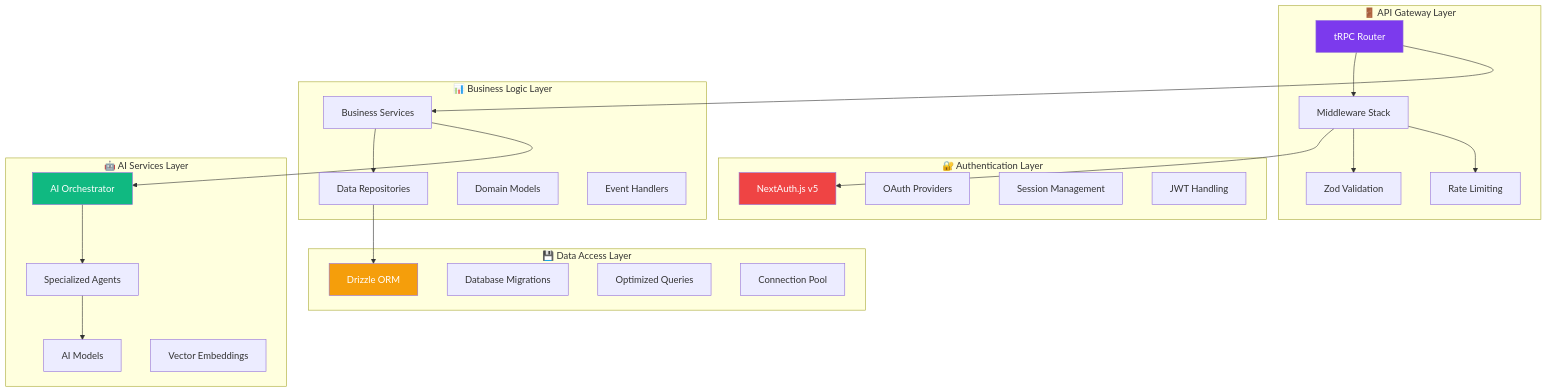
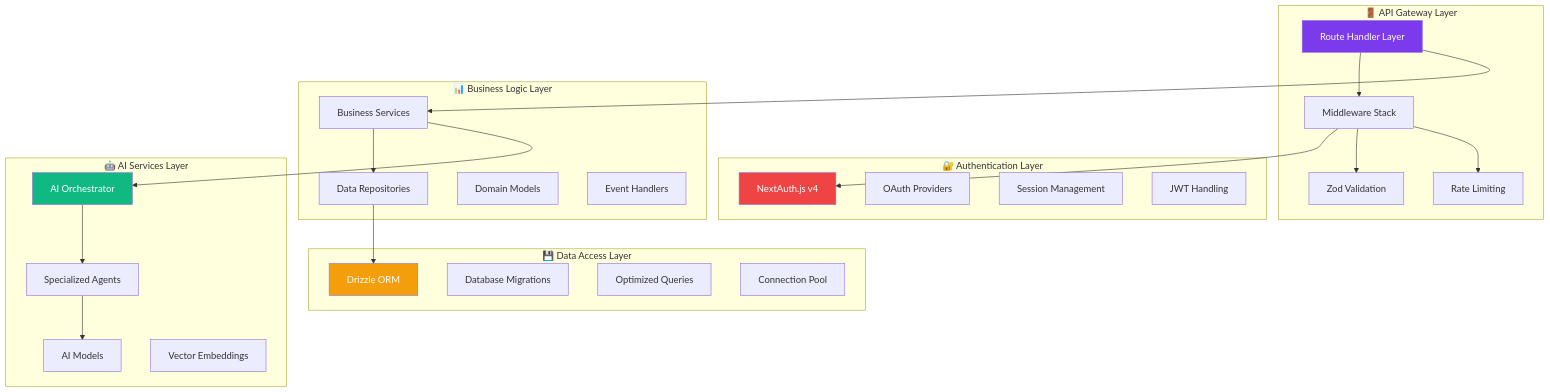
Before and after one commit to BjornMelin/contribux: the fifth of 24 diagrams in docs/development/architecture.md, drawn with Mermaid. The commit also changed other lines of this file and 79 other files, not shown here.

````diff
--- a/docs/development/architecture.md
+++ b/docs/development/architecture.md
@@ -236,53 +236,53 @@
 ```mermaid
 graph TB
     subgraph "🚪 API Gateway Layer"
-        Router[tRPC Router]
+        Router[Route Handler Layer]
         Middleware[Middleware Stack]
         Validation[Zod Validation]
         RateLimit[Rate Limiting]
     end
     
     subgraph "🔐 Authentication Layer"
-        NextAuth[NextAuth.js v5]
+        NextAuth[NextAuth.js v4]
         Providers[OAuth Providers]
         Sessions[Session Management]
         JWT[JWT Handling]
     end
     
     subgraph "📊 Business Logic Layer"
         Services[Business Services]
         Repositories[Data Repositories]
         Domain[Domain Models]
         Events[Event Handlers]
     end
     
     subgraph "🤖 AI Services Layer"
         Orchestrator[AI Orchestrator]
         Agents[Specialized Agents]
         Models[AI Models]
         Embeddings[Vector Embeddings]
     end
     
     subgraph "💾 Data Access Layer"
         ORM[Drizzle ORM]
         Migrations[Database Migrations]
         Queries[Optimized Queries]
         Connections[Connection Pool]
     end
     
     Router --> Middleware
     Middleware --> NextAuth
     Middleware --> Validation
     Middleware --> RateLimit
     Router --> Services
     Services --> Repositories
     Services --> Orchestrator
     Repositories --> ORM
     Orchestrator --> Agents
     Agents --> Models
     
     style Router fill:#7C3AED,color:#fff
     style NextAuth fill:#EF4444,color:#fff
     style Orchestrator fill:#10B981,color:#fff
     style ORM fill:#F59E0B,color:#fff
 ```
````
